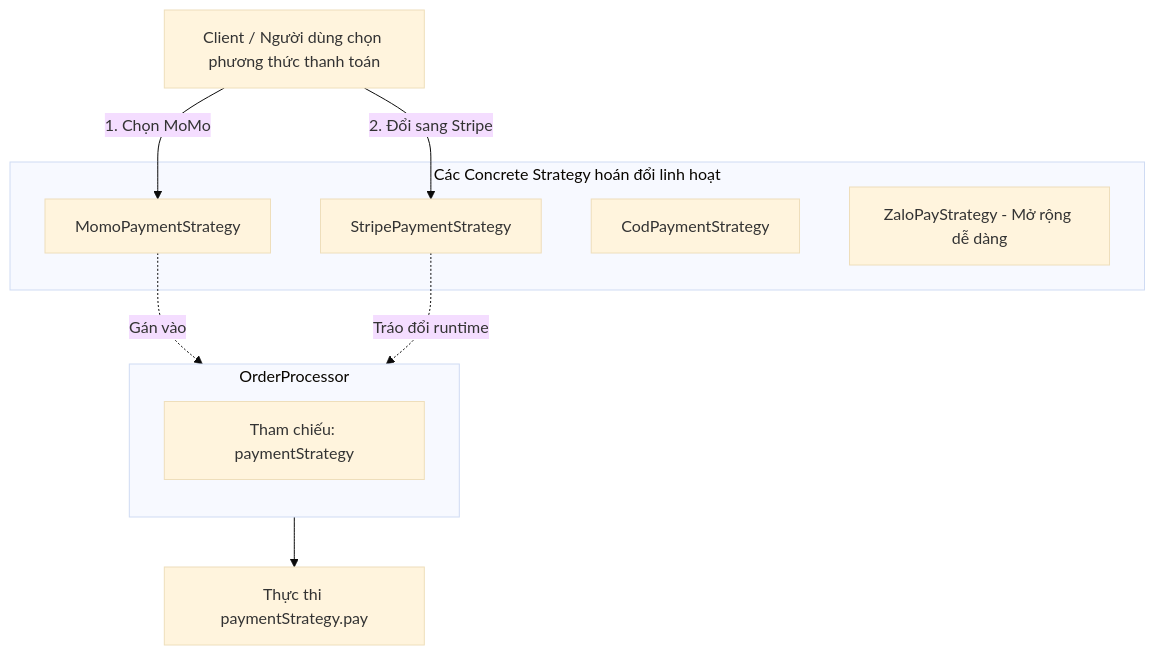
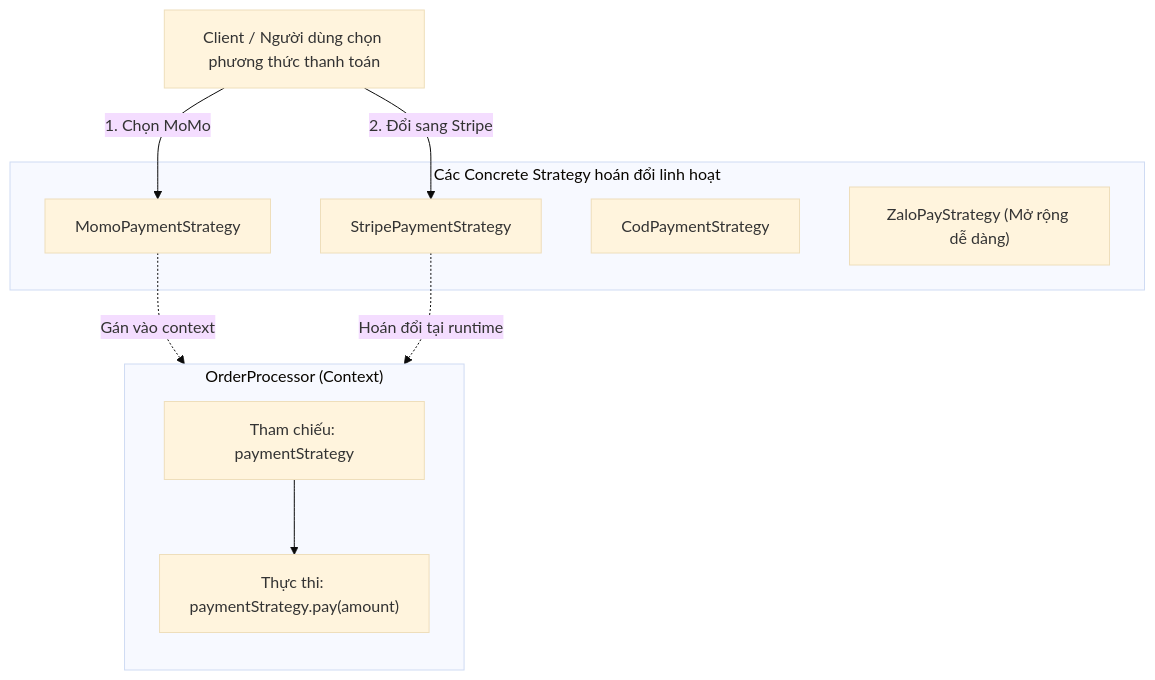
Diagram 12 of 12 in dev-blog-client/docs/DESIGN_PATTERNS_TYPESCRIPT.md (congphu97/dev-blog-client-2.0), drawn with Mermaid (base theme) before and after one commit. The commit also changed other lines of this file and 26 other files, not shown here.

````diff
--- a/dev-blog-client/docs/DESIGN_PATTERNS_TYPESCRIPT.md
+++ b/dev-blog-client/docs/DESIGN_PATTERNS_TYPESCRIPT.md
@@ -832,20 +828,23 @@
 ```mermaid
 flowchart TD
-    Client[Client / Người dùng chọn phương thức thanh toán]
+    Client["Client / Người dùng chọn phương thức thanh toán"]
     
-    subgraph Context [OrderProcessor]
+    subgraph Context ["OrderProcessor (Context)"]
         direction TB
-        StrategyHolder[Tham chiếu: paymentStrategy]
+        StrategyHolder["Tham chiếu: paymentStrategy"]
+        Execute["Thực thi: paymentStrategy.pay(amount)"]
+        StrategyHolder --> Execute
     end
 
-    subgraph Strategies [Các Concrete Strategy hoán đổi linh hoạt]
-        Momo[MomoPaymentStrategy]
-        Stripe[StripePaymentStrategy]
-        COD[CodPaymentStrategy]
-        Zalo[ZaloPayStrategy - Mở rộng dễ dàng]
+    subgraph Strategies ["Các Concrete Strategy hoán đổi linh hoạt"]
+        Momo["MomoPaymentStrategy"]
+        Stripe["StripePaymentStrategy"]
+        COD["CodPaymentStrategy"]
+        Zalo["ZaloPayStrategy (Mở rộng dễ dàng)"]
     end
 
-    Client -- "1. Chọn MoMo" --> Momo -. Gán vào .-> StrategyHolder
-    Client -- "2. Đổi sang Stripe" --> Stripe -. Tráo đổi runtime .-> StrategyHolder
-    StrategyHolder --> Execute[Thực thi paymentStrategy.pay]
+    Client -->|1. Chọn MoMo| Momo
+    Client -->|2. Đổi sang Stripe| Stripe
+    Momo -.->|Gán vào context| StrategyHolder
+    Stripe -.->|Hoán đổi tại runtime| StrategyHolder
 ```
````
